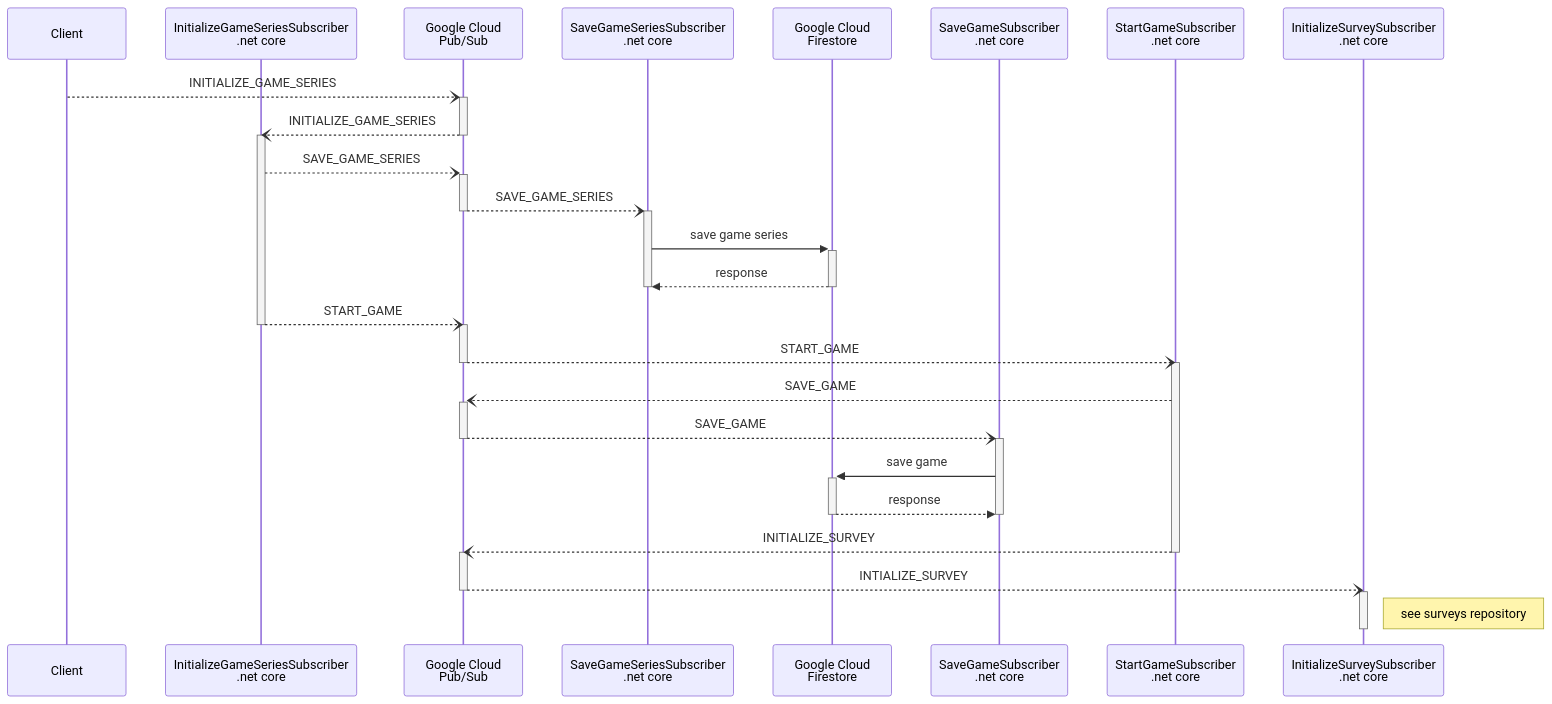
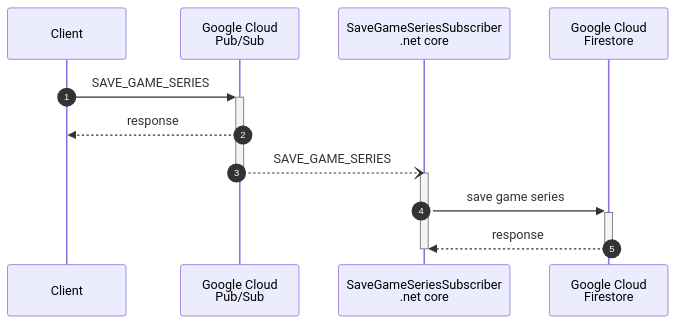
One commit to MichaelDiers/TabletopGameAdmin changed the diagram in doc/initialize-game-series.mermaid. Above: the diagram before and after it, drawn with Mermaid. The commit also changed 3 other files, not shown here.

```diff
--- a/doc/initialize-game-series.mermaid
+++ b/doc/initialize-game-series.mermaid
@@ -1,41 +1,15 @@
 sequenceDiagram
+    autonumber
     participant C as Client
-    participant InitGameSeries as InitializeGameSeriesSubscriber<br>.net core
     participant PS as Google Cloud<br>Pub/Sub
-    participant SaveGameSeries as SaveGameSeriesSubscriber<br>.net core
-    participant F as Google Cloud<br>Firestore
-    participant SaveGame as SaveGameSubscriber<br>.net core
-    participant StartGame as StartGameSubscriber<br>.net core
-    participant InitSurvey as InitializeSurveySubscriber<br>.net core
-    C--)+PS: INITIALIZE_GAME_SERIES
-    PS--)InitGameSeries: INITIALIZE_GAME_SERIES
+    participant SGSS as SaveGameSeriesSubscriber<br>.net core
+    participant FS as Google Cloud<br>Firestore
+    C->>+PS: SAVE_GAME_SERIES
+    PS-->>C: response
+    PS--)SGSS: SAVE_GAME_SERIES
     deactivate PS
-    activate InitGameSeries
-    InitGameSeries--)+PS: SAVE_GAME_SERIES
-    PS--)+SaveGameSeries: SAVE_GAME_SERIES
-    deactivate PS
-    SaveGameSeries->>+F: save game series
-    F-->>SaveGameSeries: response
-    deactivate F    
-    deactivate SaveGameSeries
-    InitGameSeries--)PS: START_GAME
-    deactivate InitGameSeries
-    activate PS
-    PS--)StartGame: START_GAME
-    deactivate PS
-    activate StartGame
-    StartGame--)+PS: SAVE_GAME
-    PS--)+SaveGame: SAVE_GAME
-    deactivate PS
-    SaveGame->>+F: save game
-    F-->>SaveGame: response
-    deactivate F
-    deactivate SaveGame
-    StartGame--)PS: INITIALIZE_SURVEY
-    deactivate StartGame
-    activate PS
-    PS--)InitSurvey: INTIALIZE_SURVEY
-    deactivate PS
-    activate InitSurvey
-    Note right of InitSurvey: see surveys repository
-    deactivate InitSurvey
+    activate SGSS
+    SGSS->>+FS: save game series
+    FS-->>SGSS: response
+    deactivate FS
+    deactivate SGSS
```
